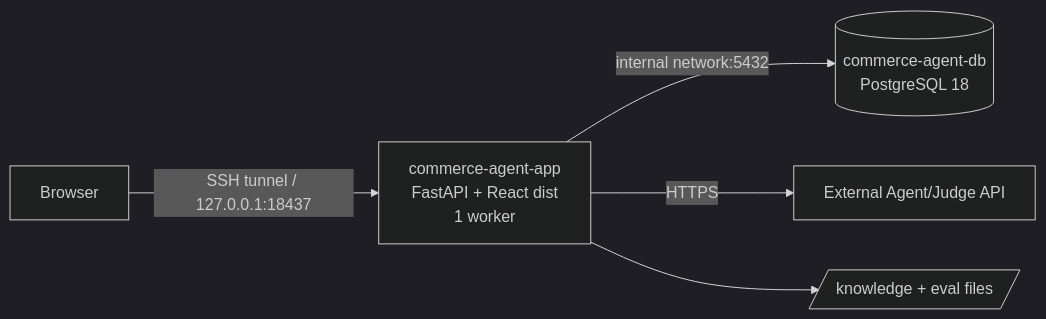
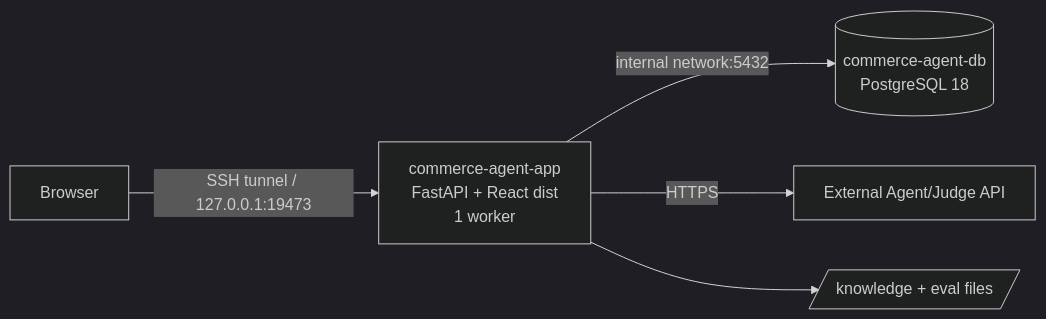
One commit to MMMDY/CommerceAgent changed the sixth of 6 diagrams in docs/plan/feasibility-and-implementation-plan.md. Above: the diagram before and after it, drawn with Mermaid (dark theme). The commit also changed other lines of this file and 4 other files, not shown here.

````diff
--- a/docs/plan/feasibility-and-implementation-plan.md
+++ b/docs/plan/feasibility-and-implementation-plan.md
@@ -1600,7 +1600,7 @@
 ```mermaid
 flowchart LR
-    B[Browser] -->|SSH tunnel / 127.0.0.1:18437| APP[commerce-agent-app\nFastAPI + React dist\n1 worker]
+    B[Browser] -->|SSH tunnel / 127.0.0.1:19473| APP[commerce-agent-app\nFastAPI + React dist\n1 worker]
     APP -->|internal network:5432| DB[(commerce-agent-db\nPostgreSQL 18)]
     APP -->|HTTPS| MODEL[External Agent/Judge API]
     APP --> DATA[/knowledge + eval files/]
 ```
````
